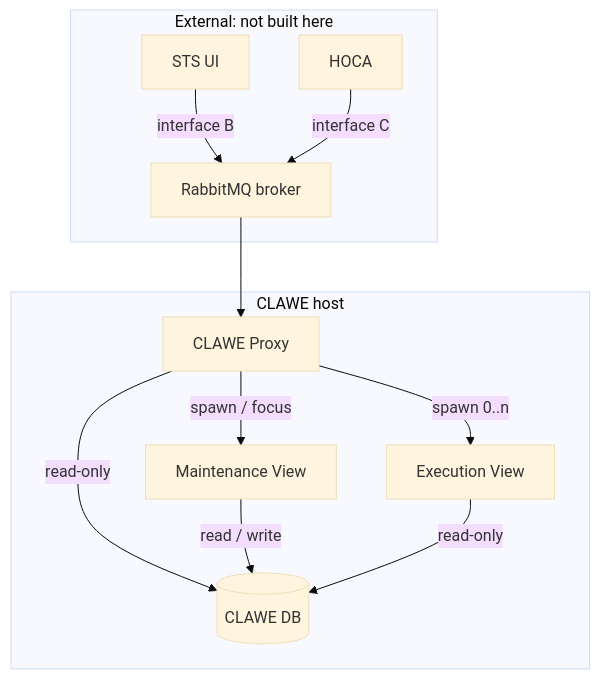
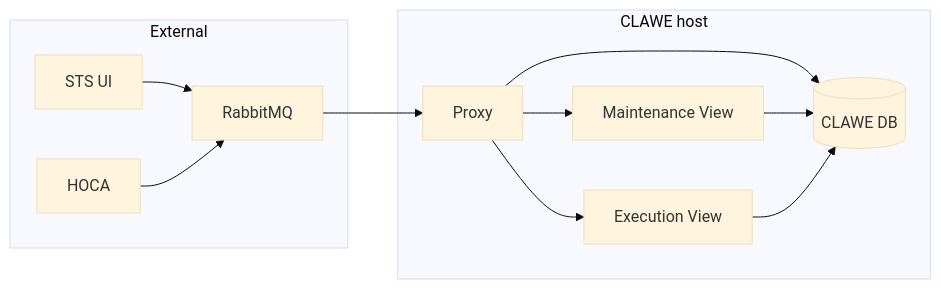
The diagram in SampleDocs/OVERVIEW.md (jcallaway82/design-docs-template), drawn with Mermaid (base theme) before and after one commit. The commit also changed other lines of this file and 14 other files, not shown here.

First line of the commit message:
Regenerate CLAWE overview: compact diagram, no milestone chart, thumb row, risk order

````diff
--- a/SampleDocs/OVERVIEW.md
+++ b/SampleDocs/OVERVIEW.md
@@ -33,22 +33,22 @@
 ```mermaid
-flowchart TB
+graph LR
     subgraph host["CLAWE host"]
-        PROXY["CLAWE Proxy"]
+        PROXY["Proxy"]
         MV["Maintenance View"]
         EV["Execution View"]
         DB[("CLAWE DB")]
     end
-    subgraph ext["External: not built here"]
+    subgraph ext["External"]
         STS["STS UI"]
         HOCA["HOCA"]
-        MQ["RabbitMQ broker"]
+        MQ["RabbitMQ"]
     end
-    STS -->|"interface B"| MQ
-    HOCA -->|"interface C"| MQ
+    STS --> MQ
+    HOCA --> MQ
     MQ --> PROXY
-    PROXY -->|"spawn / focus"| MV
-    PROXY -->|"spawn 0..n"| EV
-    PROXY -->|"read-only"| DB
-    MV -->|"read / write"| DB
-    EV -->|"read-only"| DB
+    PROXY --> MV
+    PROXY --> EV
+    PROXY --> DB
+    MV --> DB
+    EV --> DB
 ```
````
